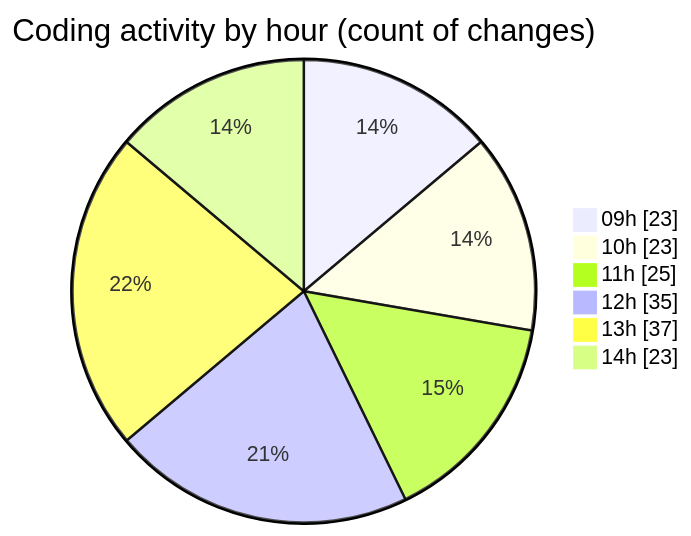
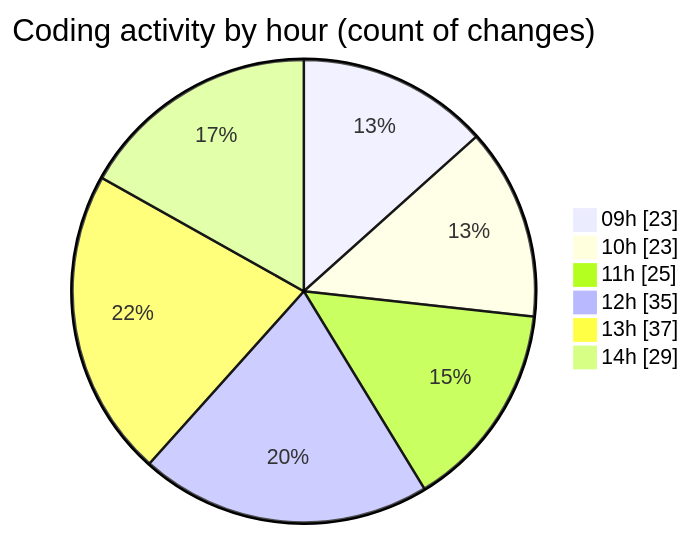
Before and after one commit to momahboobian/code-tracking: the second of 2 diagrams in 2025-10-23/cda/README.md, drawn with Mermaid. The commit also changed other lines of this file and 1 other file, not shown here.

````diff
--- a/2025-10-23/cda/README.md
+++ b/2025-10-23/cda/README.md
@@ -34,10 +34,10 @@
 ```mermaid
 pie showData
 title Coding activity by hour (count of changes)
 "09h" : 23
 "10h" : 23
 "11h" : 25
 "12h" : 35
 "13h" : 37
-"14h" : 23
+"14h" : 29
 ```
````
